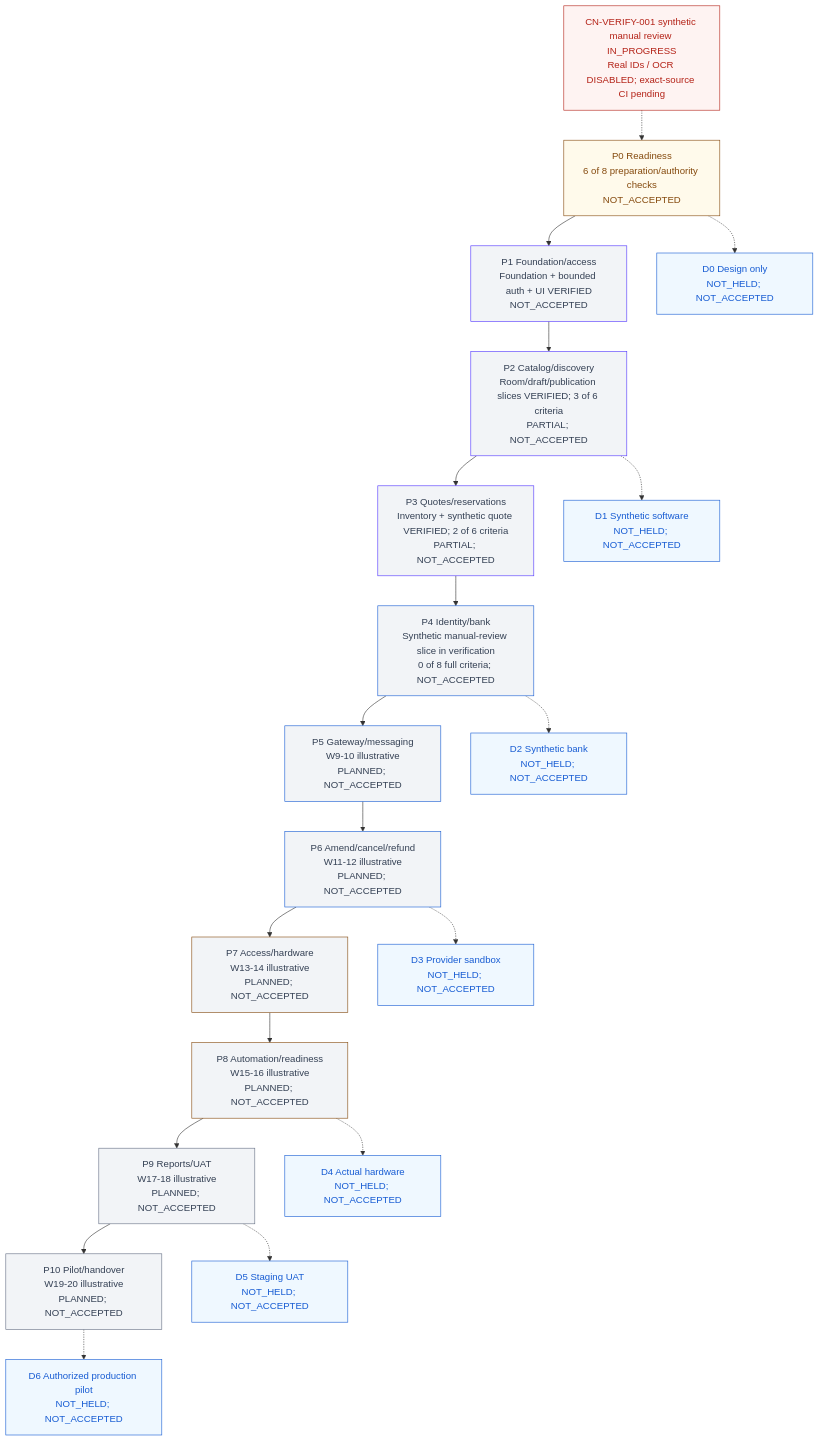
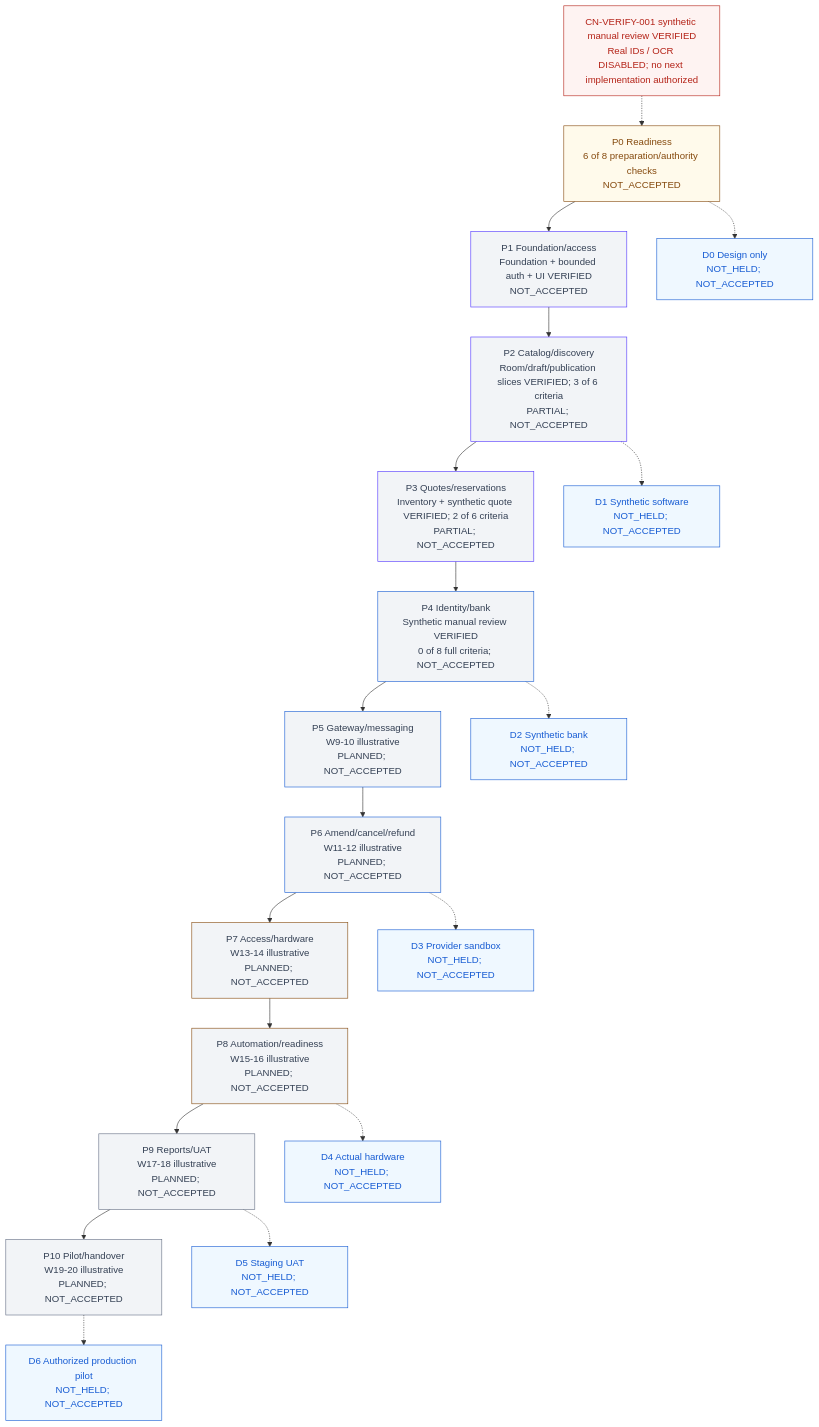
Before and after one commit to Hasitha3513/Theater-Project: the diagram in knowledge/PROGRESS.md, drawn with Mermaid. The commit also changed other lines of this file and 5 other files, not shown here.

Commit message:
docs(verification): record verified synthetic review closure

````diff
--- a/knowledge/PROGRESS.md
+++ b/knowledge/PROGRESS.md
@@ -307,45 +307,45 @@
 ```mermaid
 flowchart TB
-  G["CN-VERIFY-001 synthetic manual review IN_PROGRESS<br/>Real IDs / OCR DISABLED; exact-source CI pending"]
+  G["CN-VERIFY-001 synthetic manual review VERIFIED<br/>Real IDs / OCR DISABLED; no next implementation authorized"]
   P0["P0 Readiness<br/>6 of 8 preparation/authority checks<br/>NOT_ACCEPTED"]
   P1["P1 Foundation/access<br/>Foundation + bounded auth + UI VERIFIED<br/>NOT_ACCEPTED"]
   P2["P2 Catalog/discovery<br/>Room/draft/publication slices VERIFIED; 3 of 6 criteria<br/>PARTIAL; NOT_ACCEPTED"]
   P3["P3 Quotes/reservations<br/>Inventory + synthetic quote VERIFIED; 2 of 6 criteria<br/>PARTIAL; NOT_ACCEPTED"]
-  P4["P4 Identity/bank<br/>Synthetic manual-review slice in verification<br/>0 of 8 full criteria; NOT_ACCEPTED"]
+  P4["P4 Identity/bank<br/>Synthetic manual review VERIFIED<br/>0 of 8 full criteria; NOT_ACCEPTED"]
   P5["P5 Gateway/messaging<br/>W9-10 illustrative<br/>PLANNED; NOT_ACCEPTED"]
   P6["P6 Amend/cancel/refund<br/>W11-12 illustrative<br/>PLANNED; NOT_ACCEPTED"]
   P7["P7 Access/hardware<br/>W13-14 illustrative<br/>PLANNED; NOT_ACCEPTED"]
   P8["P8 Automation/readiness<br/>W15-16 illustrative<br/>PLANNED; NOT_ACCEPTED"]
   P9["P9 Reports/UAT<br/>W17-18 illustrative<br/>PLANNED; NOT_ACCEPTED"]
   P10["P10 Pilot/handover<br/>W19-20 illustrative<br/>PLANNED; NOT_ACCEPTED"]
   G -.-> P0
   P0 --> P1 --> P2 --> P3 --> P4 --> P5 --> P6 --> P7 --> P8 --> P9 --> P10
   D0["D0 Design only<br/>NOT_HELD; NOT_ACCEPTED"]
   D1["D1 Synthetic software<br/>NOT_HELD; NOT_ACCEPTED"]
   D2["D2 Synthetic bank<br/>NOT_HELD; NOT_ACCEPTED"]
   D3["D3 Provider sandbox<br/>NOT_HELD; NOT_ACCEPTED"]
   D4["D4 Actual hardware<br/>NOT_HELD; NOT_ACCEPTED"]
   D5["D5 Staging UAT<br/>NOT_HELD; NOT_ACCEPTED"]
   D6["D6 Authorized production pilot<br/>NOT_HELD; NOT_ACCEPTED"]
   P0 -.-> D0
   P2 -.-> D1
   P4 -.-> D2
   P6 -.-> D3
   P8 -.-> D4
   P9 -.-> D5
   P10 -.-> D6
   classDef readiness fill:#FFFAEB,color:#854A0E,stroke:#854A0E;
   classDef foundation fill:#F2F4F7,color:#344054,stroke:#5135FF;
   classDef financial fill:#F2F4F7,color:#344054,stroke:#175CD3;
   classDef physical fill:#F2F4F7,color:#344054,stroke:#854A0E;
   classDef release fill:#F2F4F7,color:#344054,stroke:#667085;
   classDef blocked fill:#FEF3F2,color:#B42318,stroke:#B42318;
   classDef demo fill:#EFF8FF,color:#175CD3,stroke:#175CD3;
   class P0 readiness;
   class P1,P2,P3 foundation;
   class P4,P5,P6 financial;
   class P7,P8 physical;
   class P9,P10 release;
   class G blocked;
   class D0,D1,D2,D3,D4,D5,D6 demo;
 ```
````
